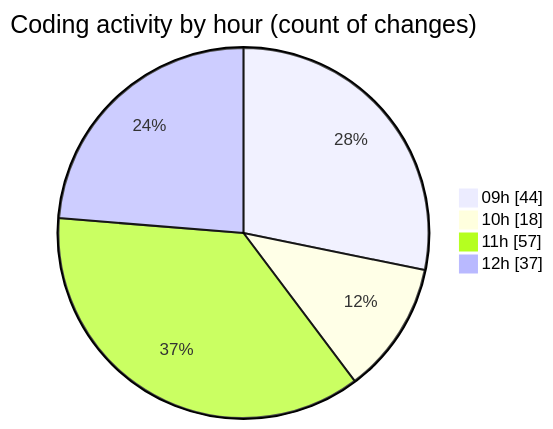
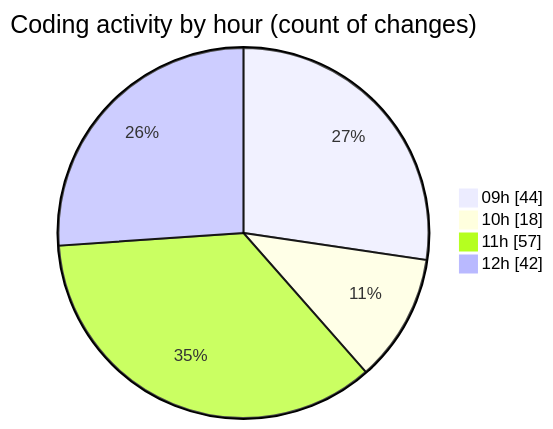
Before and after one commit to momahboobian/code-tracking: the second of 2 diagrams in 2026-08-07/cda/README.md, drawn with Mermaid. The commit also changed other lines of this file and 1 other file, not shown here.

````diff
--- a/2026-08-07/cda/README.md
+++ b/2026-08-07/cda/README.md
@@ -47,8 +47,8 @@
 ```mermaid
 pie showData
 title Coding activity by hour (count of changes)
 "09h" : 44
 "10h" : 18
 "11h" : 57
-"12h" : 37
+"12h" : 42
 ```
````
